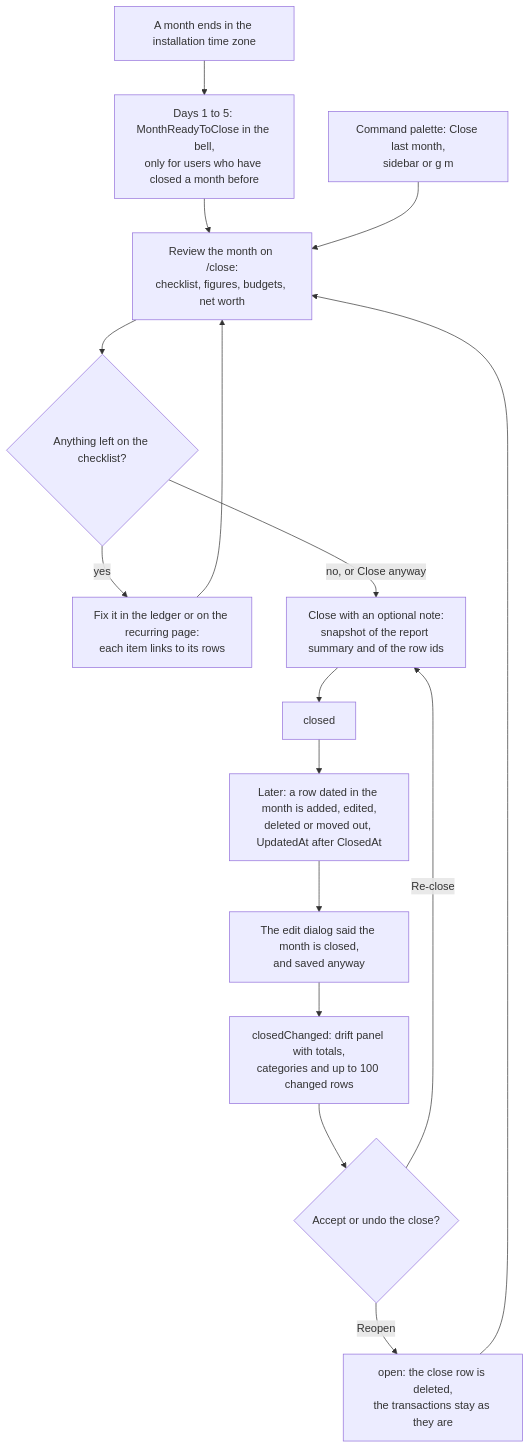
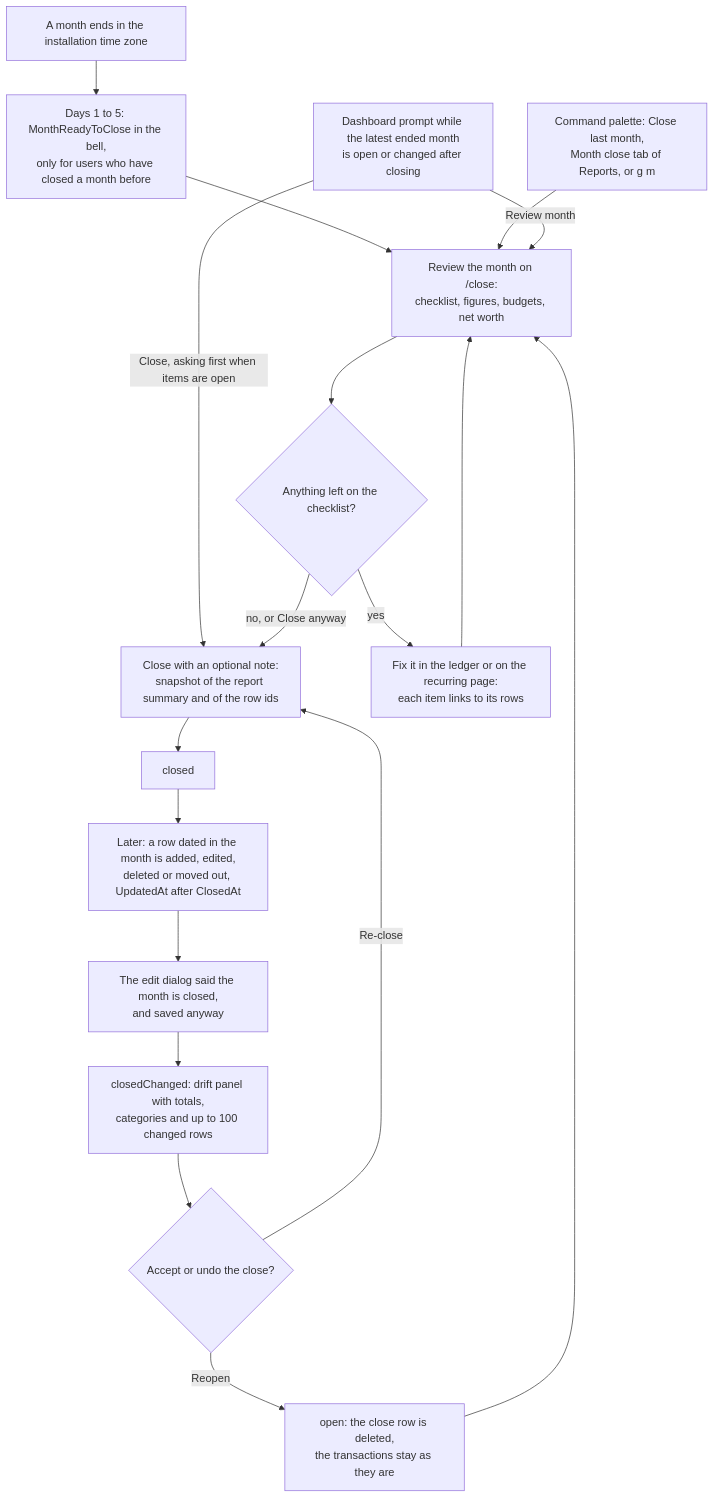
The first of 2 diagrams in docs/features/month-end-close.md (Justxs/Jx-Finance), drawn with Mermaid before and after one commit. The commit also changed other lines of this file and 138 other files, not shown here.

````diff
--- a/docs/features/month-end-close.md
+++ b/docs/features/month-end-close.md
@@ -11,18 +11,20 @@
 ```mermaid
 flowchart TD
     Ended["A month ends in the installation time zone"] --> Remind["Days 1 to 5: MonthReadyToClose in the bell,<br/>only for users who have closed a month before"]
     Remind --> Review
-    Palette["Command palette: Close last month,<br/>sidebar or g m"] --> Review
+    Palette["Command palette: Close last month,<br/>Month close tab of Reports, or g m"] --> Review
+    Prompt["Dashboard prompt while the latest ended month<br/>is open or changed after closing"] -->|"Review month"| Review
+    Prompt -->|"Close, asking first when items are open"| Close
     Review["Review the month on /close:<br/>checklist, figures, budgets, net worth"] --> Items{"Anything left on the checklist?"}
     Items -->|"yes"| Fix["Fix it in the ledger or on the recurring page:<br/>each item links to its rows"]
     Fix --> Review
     Items -->|"no, or Close anyway"| Close["Close with an optional note:<br/>snapshot of the report summary and of the row ids"]
     Close --> Closed["closed"]
     Closed --> Edit["Later: a row dated in the month is added, edited,<br/>deleted or moved out, UpdatedAt after ClosedAt"]
     Edit --> Hint["The edit dialog said the month is closed,<br/>and saved anyway"]
     Hint --> Changed["closedChanged: drift panel with totals,<br/>categories and up to 100 changed rows"]
     Changed --> Choice{"Accept or undo the close?"}
     Choice -->|"Re-close"| Close
     Choice -->|"Reopen"| Open["open: the close row is deleted,<br/>the transactions stay as they are"]
     Open --> Review
 ```
````
